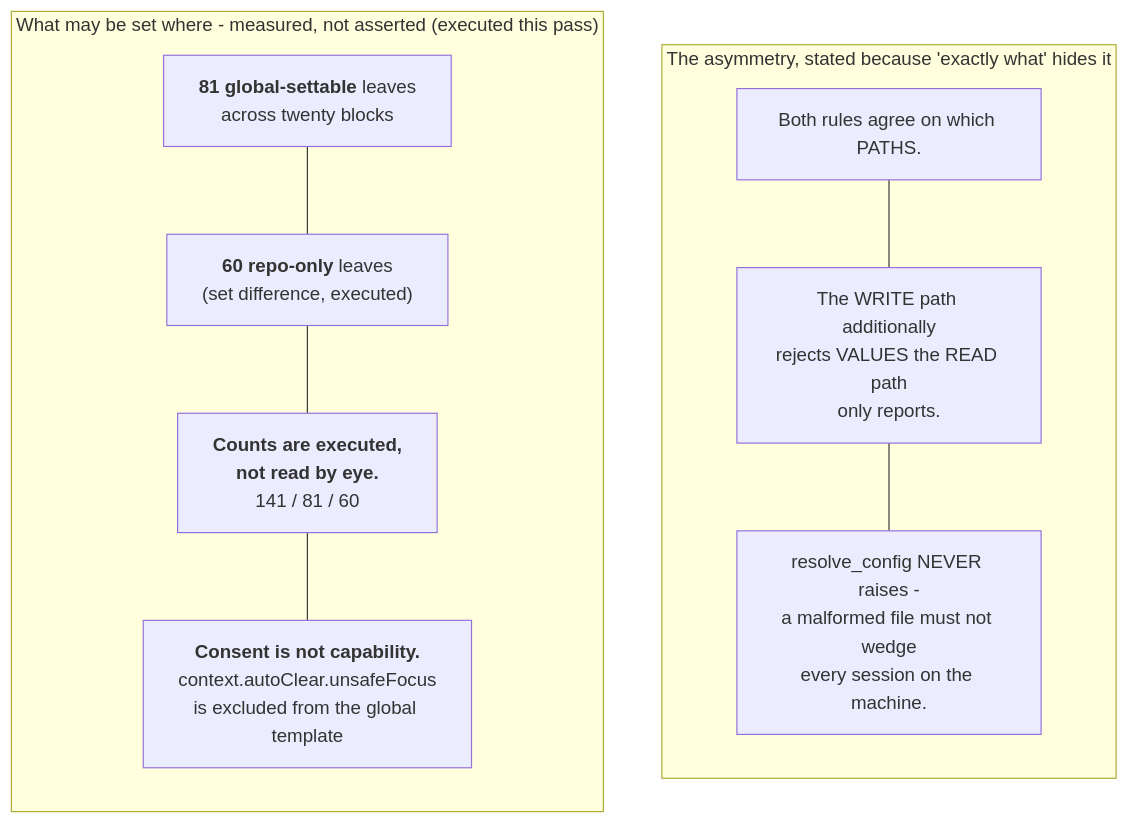
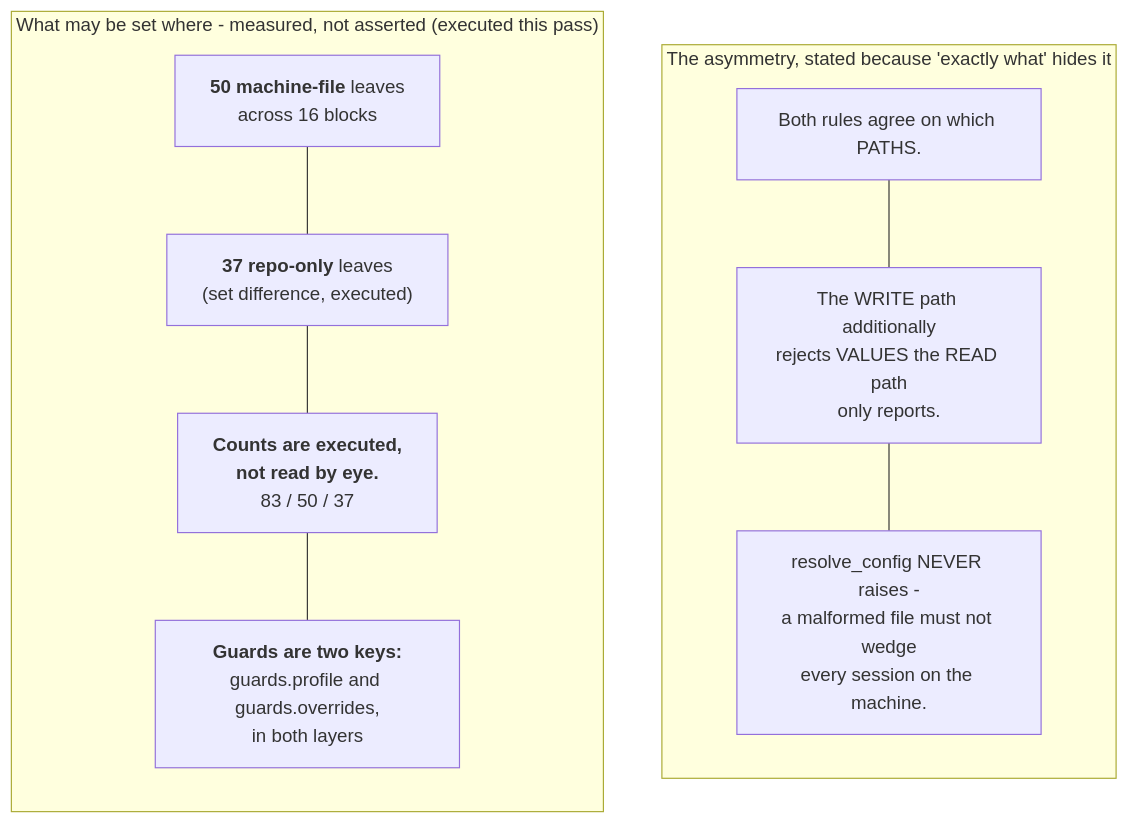
Before and after one commit to mbadali25/useful-claude-add-ons: the diagram in docs/diagrams/data-flow-crew-config-split.mmd, drawn with Mermaid. The commit also changed 98 other files, not shown here.

Commit message:
L-0725: docs sweep, rebuilt guides and diagrams, test fixes, migrate.md within budget

```diff
--- a/docs/diagrams/data-flow-crew-config-split.mmd
+++ b/docs/diagrams/data-flow-crew-config-split.mmd
@@ -1,68 +1,72 @@
 %% Generated from useful-claude-add-ons@388ceff31 on 2026-10-02, re-anchored on L-0712-cross-family-fallback 2026-10-08 (L-0712: crew_state.py changed only in resolve_role's fallback, new :1502-1720, and CONFIG.md gained a subsection at :884-900; no line this diagram cites moved, checked with grep -n). Verify before trusting.
 %% Anchors: plugin/crew/hooks/scripts/crew_config.py, plugin/crew/hooks/scripts/crew_state.py
 %% Purpose: What may be set in the machine file versus only in the repo file (measured leaf counts), and the one asymmetry between the read rule and the write rule.
 %% Embed: none
+%% Re-drawn for L-0725 (config from 157 keys to 87): leaf counts re-executed with `python3 -I -S` importing crew_config and running
+%%    leaf_paths over default_config() and default_global_config(): 83 repo leaves, 50 machine leaves, 87 distinct keys, 46 in both,
+%%    37 repo-only, 4 machine-only, 16 top-level machine blocks. The counts quoted in the history below are the older ones and stay as history.
+%%    S4 changed: unsafeFocus is now a fixed constant, so the consent box is replaced by the guards.profile / guards.overrides box.
 %% Split from data-flow-crew-config.mmd (the overview); edges to other parts are drawn there.
 %% Re-drawn for T-0066 (crew 1.0.328, merging origin/main edb2b8ff, then 155fe6d8 and e9364a70, which added no config key): 133 / 75 / 58 executed - T-0066's `git.forbiddenTrailers`
 %%    in both layers on main's 132 / 74 / 58 (T-0013's resume.typeDelaySeconds and resume.readyTimeoutSeconds, both
 %%    layers, on T-0061's 130 / 72 / 58 with `tickets.baseBranch`, repo-only). S1, S2, S3 updated; S4's cite re-pointed.
 %% METHODOLOGY: leaf counts below (141 / 81 / 60 on batch-7-build after merging T-0011 - its three
 %% repo-only autopilot keys (ship, knownFailures, ciTimeoutMinutes) on main's 138 / 81 / 57, where T-0050
 %% had made the five personal autopilot keys global; 125 / 68 / 57 at d7c7c75c - T-0010's two repo-only autopilot
 %% keys on T-0072's 123 / 68 / 55, whose `autopilot.deploy` is repo-only too; 124 / 68 / 56 at
 %% c817782f on T-0010-solo; 122 / 68 / 54 on T-0023's merge of main - T-0023's `route.enabled`,
 %% both layers; 121 / 67 / 54 on the T-0005 landing merge; 119 / 66 / 53 at
 %% 07ca3972 - T-0004's `autopilot`, repo-only; 118 / 66 / 52 at T-0005's fc54def6 -
 %% environments.prodUnattended in both, environments.nonProd repo-only; 117 / 66 / 51 at
 %% 6d35ef8c; 116 / 65 / 51 before T-0006 added `resume.auto` to both templates) come from executing
 %% `crew_config.leaf_paths(crew_config.default_config())` and the same for
 %% `default_global_config()` in THIS worktree (module resolution confirmed
 %% local: `crew_config.__file__` resolves under this checkout, not an
 %% installed plugin cache) - not from reading the dict literals by eye.
 %% `.crew/codemap/crew.md` agrees (its table was corrected from 114/63 to the
 %% executed 116/65 on 2026-09-25, records 119 at 07ca3972 and 121 on the T-0005 landing merge) and carries the one-line re-measure command.
 %% Note A2: The WRITE path additionally rejects VALUES the READ path only reports.
 %% Note A3: resolve_config NEVER raises - a malformed file must not wedge every session on the machine.
 %% Note S1: <b>81 global-settable</b> leaves, across twenty blocks: autopilot (T-0050: mode, maxPhases, deploy,
 %%    approval, questions - personal, the stricter layer wins), qa, dev, worktree, secondOpinion,
 %%    memory, notify, pm, context.autoClear, docs, bitbucket, github, install, guards (all TEN), change,
 %%    resume (T-0006: machine opt-in, repo may only veto; T-0013: typeDelaySeconds, readyTimeoutSeconds), environments (prodUnattended only, T-0005), route
 %%    (T-0023: route.enabled, repo beats machine - read by crew_route.settings through resolve_config),
 %%    shellRoute (T-0040: mode + distro, both layers), git (T-0066: forbiddenTrailers, both layers, combined by
 %%    UNION in crew_trailers.forbidden, not precedence)
 %% Note S2: <b>60 repo-only</b> leaves (set difference, executed), environments.nonProd (T-0005), tickets.baseBranch (T-0061),
 %%    autopilot.maxAutoReplans (T-0074), autopilot.sleep.* (T-0053) and autopilot.ship/knownFailures/ciTimeoutMinutes
 %%    (T-0011) among them. Whole blocks absent from
 %%    the global template (autopilot is partly global since T-0050): cloud, emergency, graph, jira, obsidian, platform, production, roles,
 %%    schema, scope, sdp, tickets, tier, tracker, verifyGate - <b>cloud and scope are NEW repo-only blocks since the
 %%    previous anchor</b> (cloud identity pins, the T3 scope guard); <b>autopilot is NEW at 07ca3972</b>
-%%    (T-0004, mode + maxPhases, CONFIG.md §20; deploy added by T-0072, approval + questions by T-0010,
+%%    (T-0004, mode + maxPhases, docs/crew/config-rationale.md; deploy added by T-0072, approval + questions by T-0010,
 %%    ship + knownFailures + ciTimeoutMinutes by T-0011)
 %% Note S3: <b>Counts are executed, not read by eye.</b> 141 repo-template / 81 global / 60 repo-only on
 %%    batch-7-build after merging T-0011 (133 / 75 / 58 on T-0066 after merging main e9364a70, 132 / 74 / 58 on main after T-0013, 131 / 73 / 58 on T-0066 after main c9263465, 130 / 72 / 58 on T-0061 after main 34d9f267, 129 / 72 / 57 on T-0040-land's merge of main 844bfc36, 127 / 70 / 57 on its merge of 6a8c60b1, 125 / 70 / 55 on T-0040's
 %%    branch, 125 / 68 / 57 at d7c7c75c, T-0010-solo's merge of 6387ab49, 123 / 68 / 55 on T-0072's merge of
 %%    main, 124 / 68 / 56 at c817782f on T-0010-solo, 122 / 68 / 54 on T-0023's merge of main, 121 / 67 / 54
 %%    on the T-0005 landing merge, 120 / 67 / 53 at T-0023's eba11657, 119 / 66 / 53 at 07ca3972, 118 / 66 /
 %%    52 at fc54def6, 117 / 66 / 51 at 6d35ef8c, 116 / 65 / 51 at 6c497a14); .crew/codemap/crew.md agrees and
 %%    gives the re-measure command.
-%% Note S4: <b>Consent is not capability.</b> context.autoClear.unsafeFocus is excluded from the global
-%%    template on purpose (AUTOCLEAR_CONSENT_KEYS, crew_state.py:746) - a Wayland focus-typing risk accepted
-%%    once must not arm for every repo.
+%% Note S4: <b>Guards are two keys in both layers.</b> guards.profile (off, standard, strict) and guards.overrides
+%%    are in both default templates; the twelve per-guard guards.<name> keys are no longer written and are read
+%%    only as aliases until /crew:migrate rewrites the layer.
 flowchart TB
 
     subgraph Asym["The asymmetry, stated because 'exactly what' hides it"]
         direction TB
         A1["Both rules agree on which PATHS."]
         A2["The WRITE path additionally<br/>rejects VALUES the READ path<br/>only reports."]
         A3["resolve_config NEVER raises -<br/>a malformed file must not wedge<br/>every session on the machine."]
         A1 --- A2 --- A3
     end
 
     subgraph Split["What may be set where - measured, not asserted (executed this pass)"]
         direction TB
-        S1["<b>81 global-settable</b> leaves<br/>across twenty blocks"]
-        S2["<b>60 repo-only</b> leaves<br/>(set difference, executed)"]
-        S3["<b>Counts are executed,</b><br/><b>not read by eye.</b><br/>141 / 81 / 60"]
-        S4["<b>Consent is not capability.</b><br/>context.autoClear.unsafeFocus<br/>is excluded from the global template"]
+        S1["<b>50 machine-file</b> leaves<br/>across 16 blocks"]
+        S2["<b>37 repo-only</b> leaves<br/>(set difference, executed)"]
+        S3["<b>Counts are executed,</b><br/><b>not read by eye.</b><br/>83 / 50 / 37"]
+        S4["<b>Guards are two keys:</b><br/>guards.profile and guards.overrides,<br/>in both layers"]
         S1 --- S2 --- S3 --- S4
     end
```
